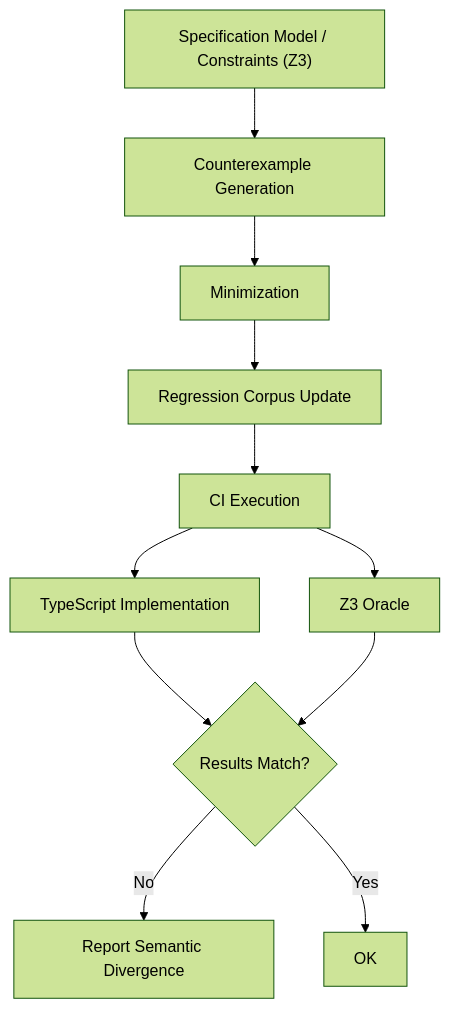
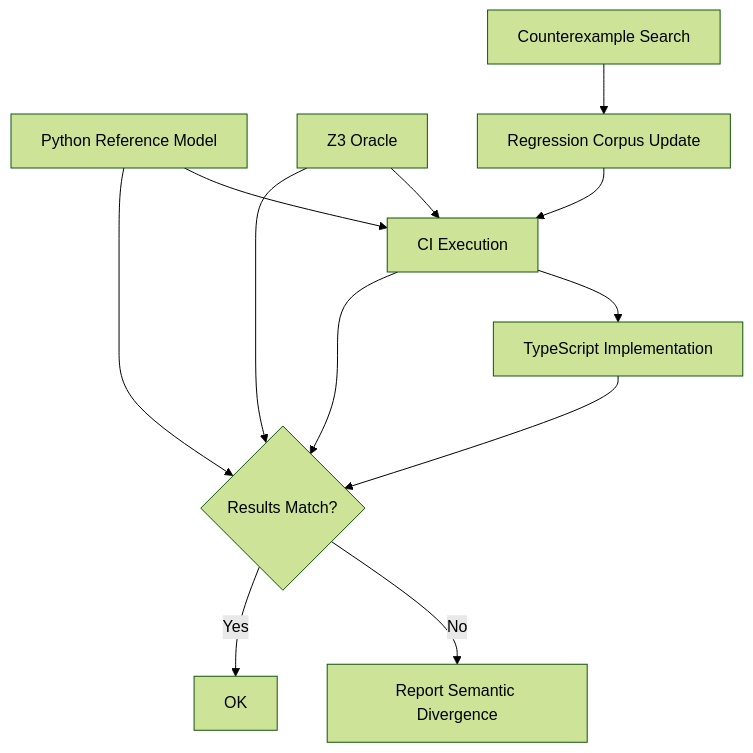
One commit to YChinen/verified-json-reference-parser changed the second of 3 diagrams in docs/architecture/ARCHITECTURE.md. Above: the diagram before and after it, drawn with Mermaid (forest theme). The commit also changed other lines of this file and 13 other files, not shown here.

````diff
--- a/docs/architecture/ARCHITECTURE.md
+++ b/docs/architecture/ARCHITECTURE.md
@@ -130,14 +132,15 @@
 ```mermaid
 flowchart TD
-  A["Specification Model / Constraints (Z3)"] --> B[Counterexample Generation]
-  B --> C[Minimization]
-  C --> D[Regression Corpus Update]
-  D --> E[CI Execution]
+  A["Python Reference Model"] --> E[CI Execution]
+  B["Z3 Oracle"] --> E
+  C["Counterexample Search"] --> D[Regression Corpus Update]
+  D --> E
 
   E --> F[TypeScript Implementation]
-  E --> G[Z3 Oracle]
-  F --> H{Results Match?}
-  G --> H
-  H -- No --> I[Report Semantic Divergence]
-  H -- Yes --> J[OK]
+  E --> G{Results Match?}
+  A --> G
+  B --> G
+  F --> G
+  G -- No --> H[Report Semantic Divergence]
+  G -- Yes --> I[OK]
 ```
````
